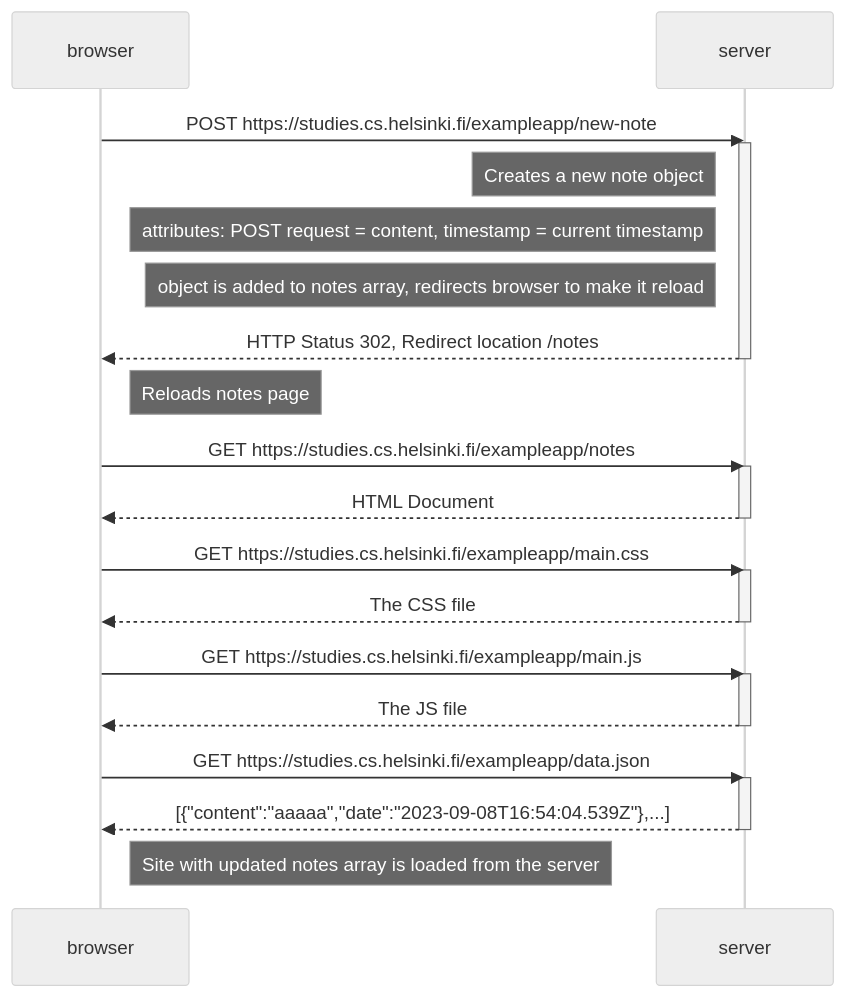
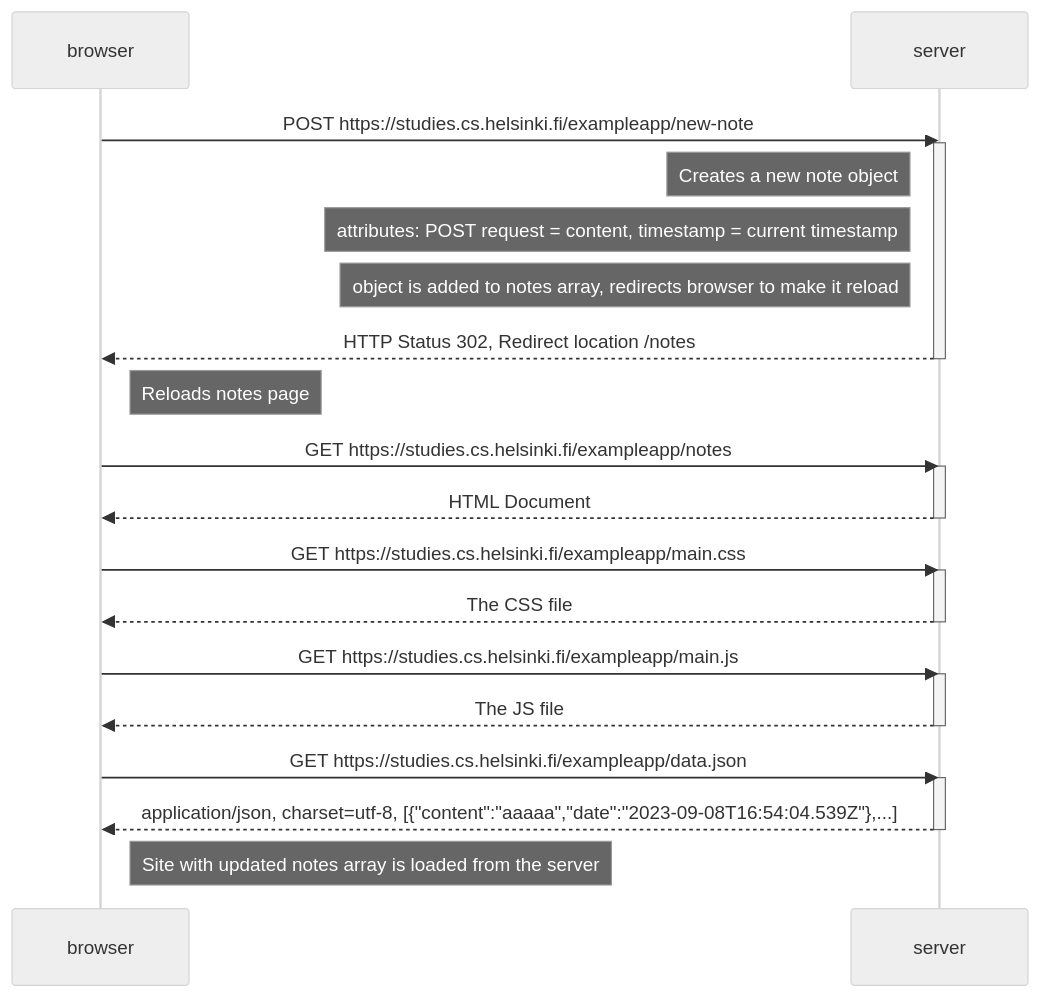
Before and after one commit to Nark-arch/Full-Stack-Open-Coursework: the diagram in .Markdown, drawn with Mermaid (neutral theme).

Commit message:
Update .Markdown

````diff
--- a/.Markdown
+++ b/.Markdown
@@ -1,35 +1,35 @@
 ```mermaid
   sequenceDiagram 
     participant browser
     participant server
     browser ->> server: POST https://studies.cs.helsinki.fi/exampleapp/new-note
     activate server
     note left of server: Creates a new note object
     note left of server: attributes: POST request = content, timestamp = current timestamp
     note left of server: object is added to notes array, redirects browser to make it reload
     server -->> browser: HTTP Status 302, Redirect location /notes
     deactivate server
     note right of browser: Reloads notes page
 
     
     browser ->> server: GET https://studies.cs.helsinki.fi/exampleapp/notes
     activate server
     server-->>browser: HTML Document
     deactivate server
 
     browser ->> server: GET https://studies.cs.helsinki.fi/exampleapp/main.css
     activate server
     server-->> browser: The CSS file
     deactivate server
 
     browser ->> server: GET https://studies.cs.helsinki.fi/exampleapp/main.js
     activate server
     server-->>browser: The JS file
     deactivate server
 
     browser ->> server: GET https://studies.cs.helsinki.fi/exampleapp/data.json
     activate server
-    server -->> browser: [{"content":"aaaaa","date":"2023-09-08T16:54:04.539Z"},...]
+    server -->> browser: application/json, charset=utf-8, [{"content":"aaaaa","date":"2023-09-08T16:54:04.539Z"},...]
     deactivate server
     note right of browser: Site with updated notes array is loaded from the server
 ```
````
